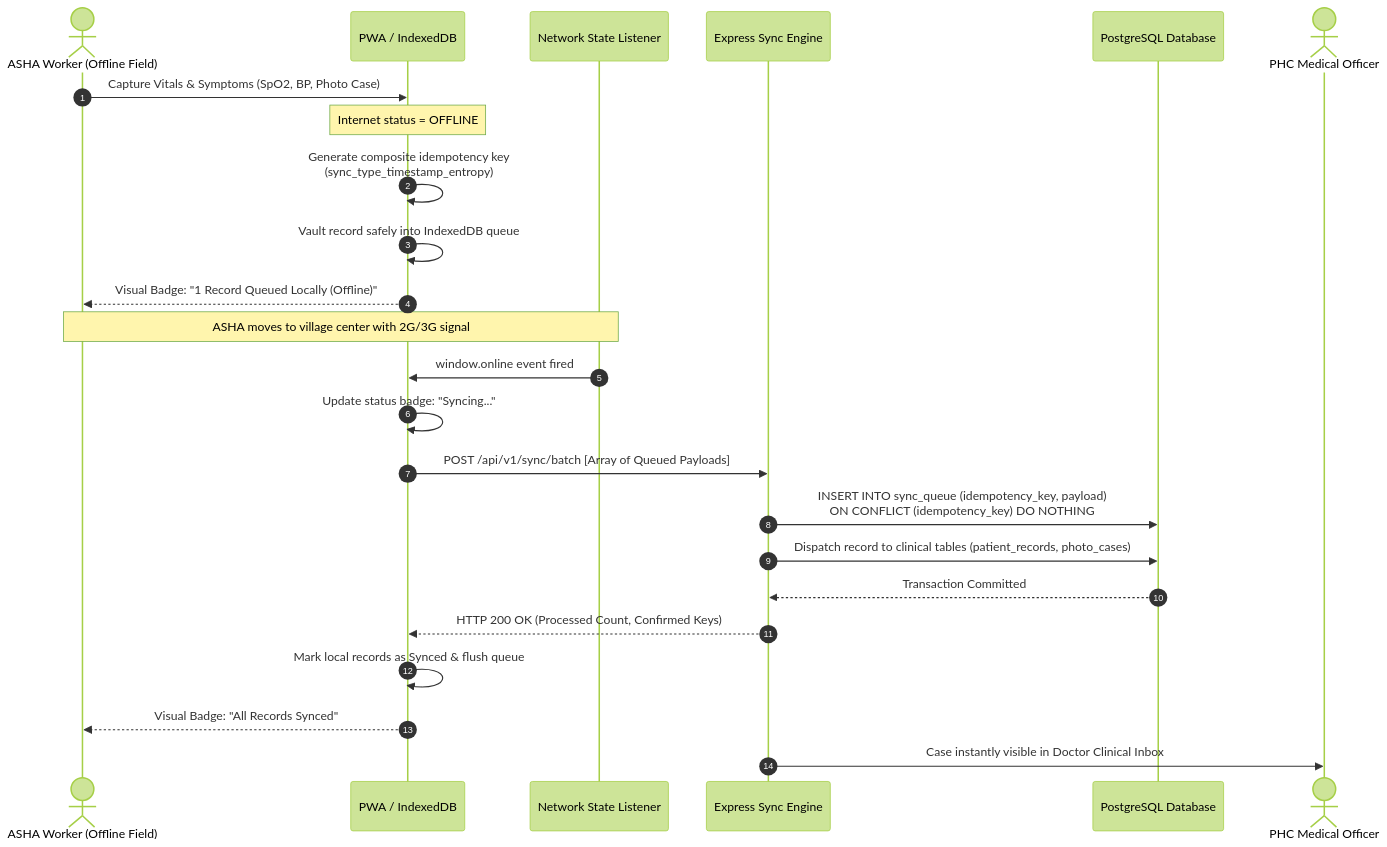
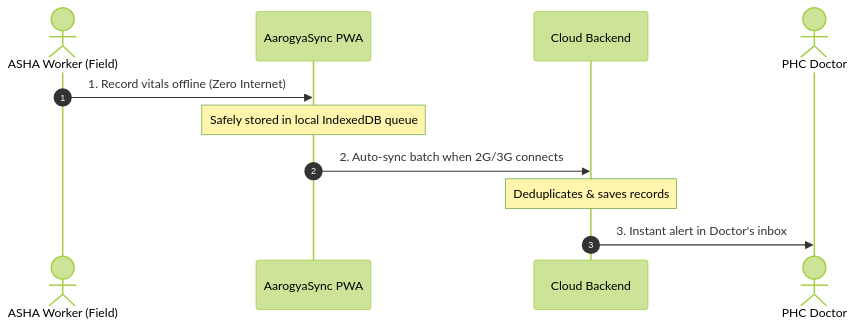
Before and after one commit to pranjali-905/AarogyaSync: the second of 4 diagrams in README.md, drawn with Mermaid (forest theme). The commit also changed other lines of this file, not shown here.

Commit message:
docs: Drastically simplify architecture and clinical triage diagrams for clear readability

````diff
--- a/README.md
+++ b/README.md
@@ -77,30 +50,14 @@
 ```mermaid
 sequenceDiagram
     autonumber
-    actor ASHA as ASHA Worker (Offline Field)
-    participant Client as PWA / IndexedDB
-    participant Listener as Network State Listener
-    participant Server as Express Sync Engine
-    participant DB as PostgreSQL Database
-    actor Doctor as PHC Medical Officer
+    actor ASHA as ASHA Worker (Field)
+    participant App as AarogyaSync PWA
+    participant Server as Cloud Backend
+    actor Doctor as PHC Doctor
 
-    ASHA->>Client: Capture Vitals & Symptoms (SpO2, BP, Photo Case)
-    Note over Client: Internet status = OFFLINE
-    Client->>Client: Generate composite idempotency key<br/>(sync_type_timestamp_entropy)
-    Client->>Client: Vault record safely into IndexedDB queue
-    Client-->>ASHA: Visual Badge: "1 Record Queued Locally (Offline)"
-
-    Note over ASHA,Listener: ASHA moves to village center with 2G/3G signal
-    Listener->>Client: window.online event fired
-    Client->>Client: Update status badge: "Syncing..."
-    Client->>Server: POST /api/v1/sync/batch [Array of Queued Payloads]
-
-    Server->>DB: INSERT INTO sync_queue (idempotency_key, payload)<br/>ON CONFLICT (idempotency_key) DO NOTHING;
-    Server->>DB: Dispatch record to clinical tables (patient_records, photo_cases)
-    DB-->>Server: Transaction Committed
-    Server-->>Client: HTTP 200 OK (Processed Count, Confirmed Keys)
-
-    Client->>Client: Mark local records as Synced & flush queue
-    Client-->>ASHA: Visual Badge: "All Records Synced"
-    Server->>Doctor: Case instantly visible in Doctor Clinical Inbox
+    ASHA->>App: 1. Record vitals offline (Zero Internet)
+    Note over App: Safely stored in local IndexedDB queue
+    App->>Server: 2. Auto-sync batch when 2G/3G connects
+    Note over Server: Deduplicates & saves records
+    Server->>Doctor: 3. Instant alert in Doctor's inbox
 ```
````
